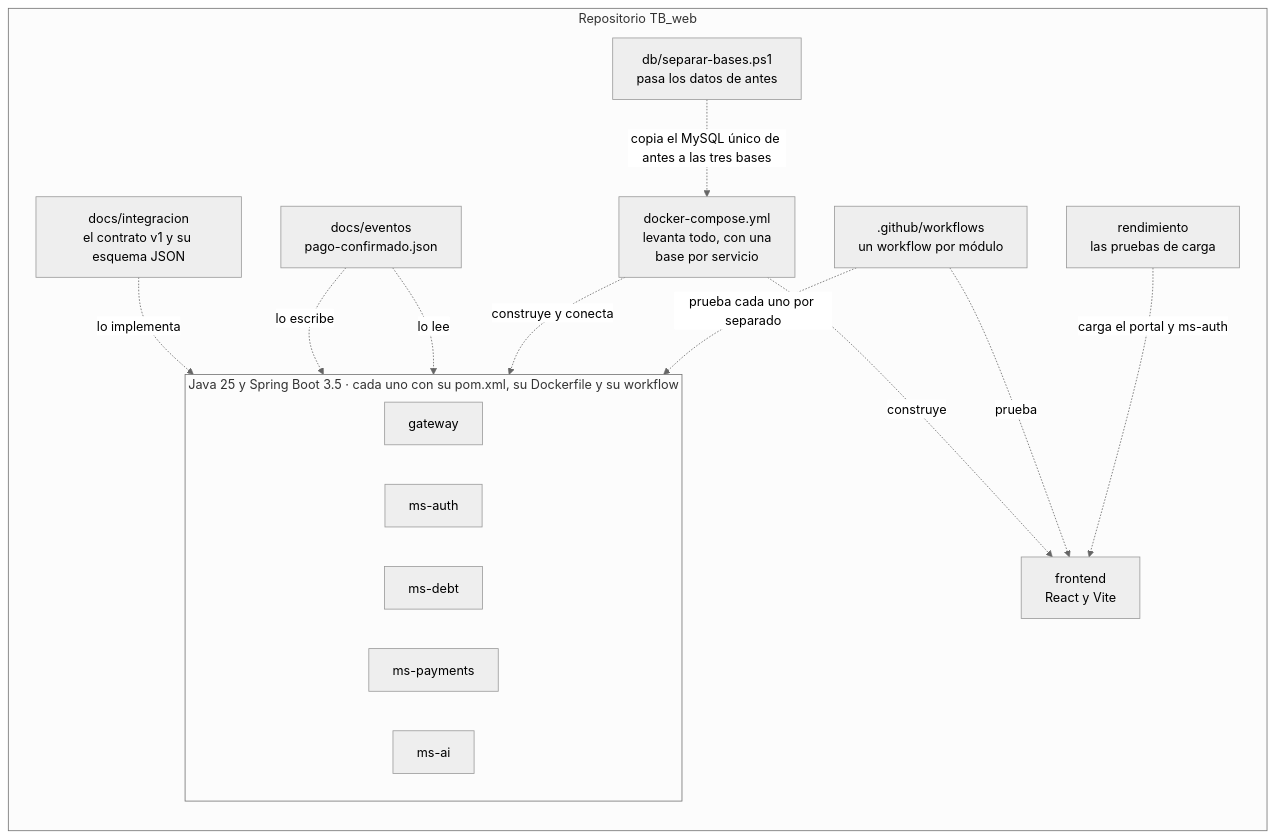
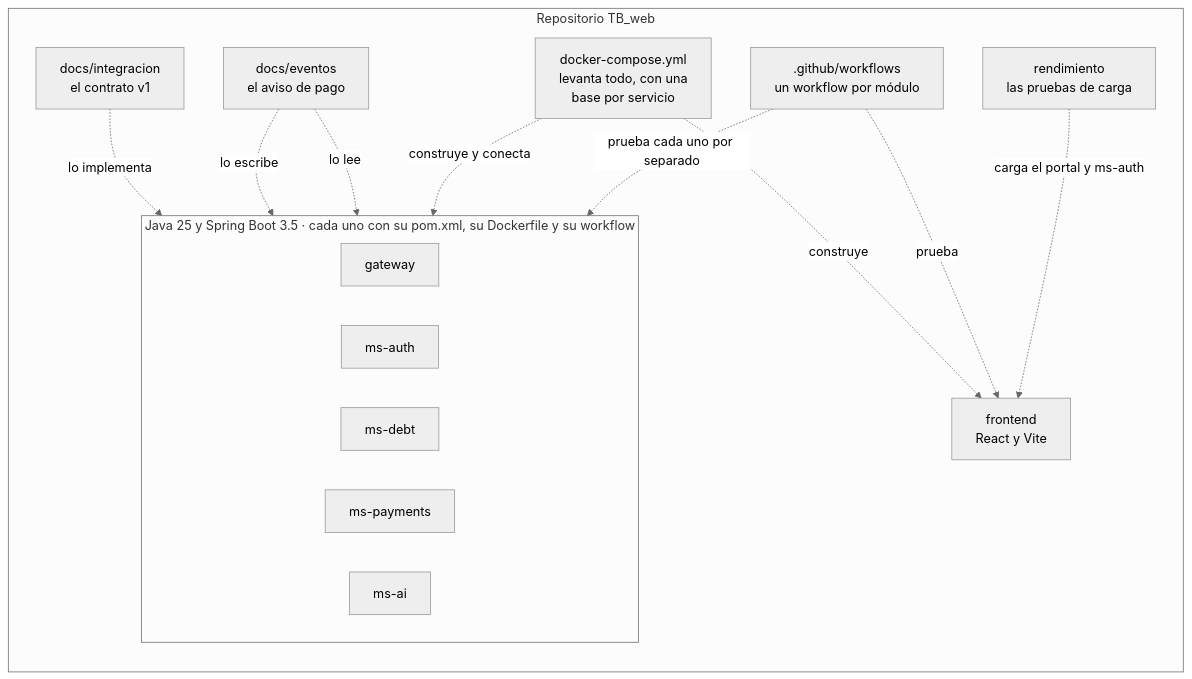
One commit to TechnicalBridge/DataBridge changed the eighth of 8 diagrams in docs/diagramas/componentes.md. Above: the diagram before and after it, drawn with Mermaid (neutral theme). The commit also changed other lines of this file and 58 other files, not shown here.

````diff
--- a/docs/diagramas/componentes.md
+++ b/docs/diagramas/componentes.md
@@ -414,30 +414,28 @@
 ```mermaid
 flowchart TB
     subgraph REPO["Repositorio TB_web"]
         direction TB
         subgraph JAVA["Java 25 y Spring Boot 3.5 · cada uno con su pom.xml, su Dockerfile y su workflow"]
             direction LR
             GWY["gateway"]
             AUTH["ms-auth"]
             DEBT["ms-debt"]
             PAY["ms-payments"]
             AI["ms-ai"]
         end
         FE["frontend<br/>React y Vite"]
-        CON["docs/integracion<br/>el contrato v1 y su esquema JSON"]
-        EVT["docs/eventos<br/>pago-confirmado.json"]
-        DBI["db/separar-bases.ps1<br/>pasa los datos de antes"]
+        CON["docs/integracion<br/>el contrato v1"]
+        EVT["docs/eventos<br/>el aviso de pago"]
         DC["docker-compose.yml<br/>levanta todo, con una<br/>base por servicio"]
         CI[".github/workflows<br/>un workflow por módulo"]
         K6["rendimiento<br/>las pruebas de carga"]
     end
     CON -. "lo implementa" .-> DEBT
     EVT -. "lo escribe" .-> PAY
     EVT -. "lo lee" .-> DEBT
-    DBI -. "copia el MySQL único de antes a las tres bases" .-> DC
     DC -. "construye y conecta" .-> JAVA
     DC -. "construye" .-> FE
     CI -. "prueba cada uno por separado" .-> JAVA
     CI -. "prueba" .-> FE
     K6 -. "carga el portal y ms-auth" .-> FE
 ```
````
